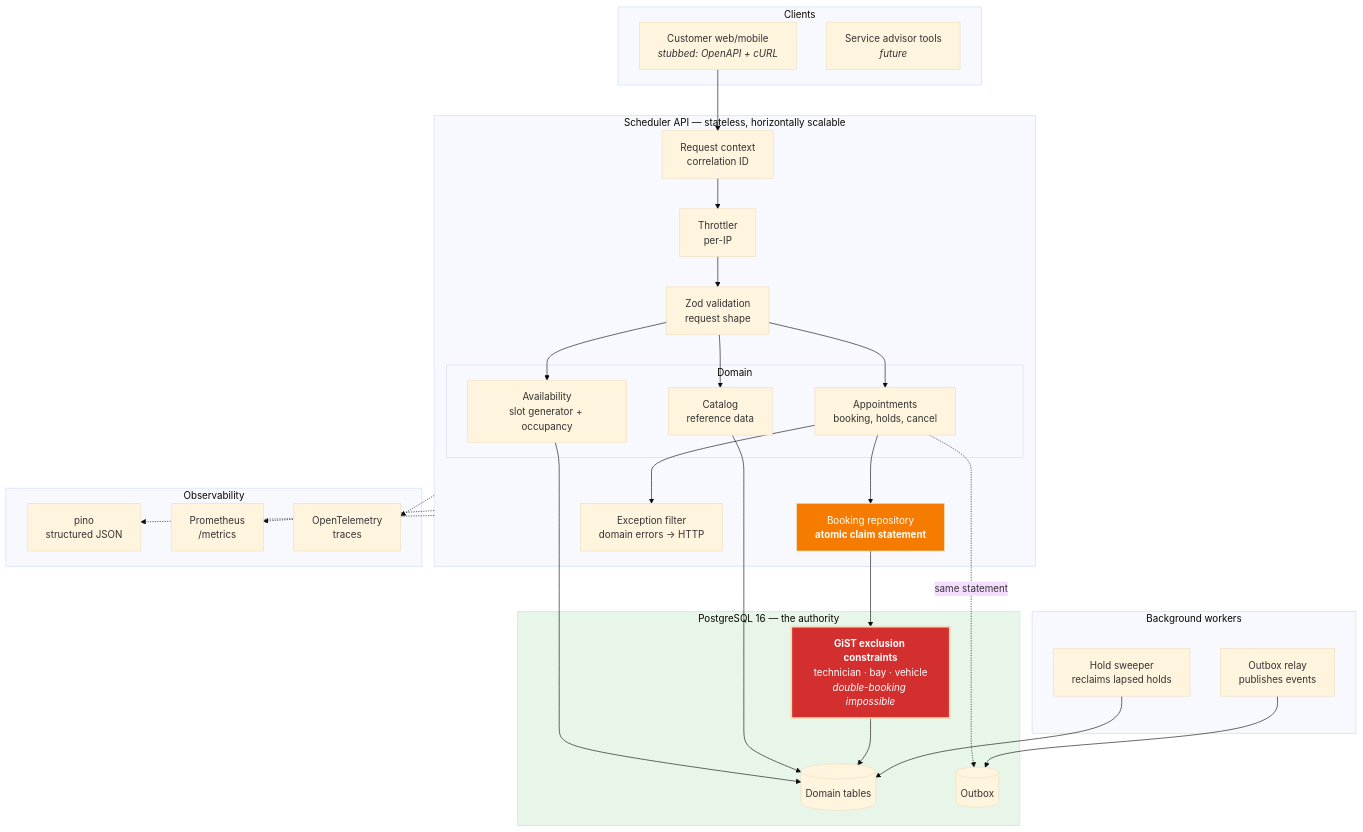
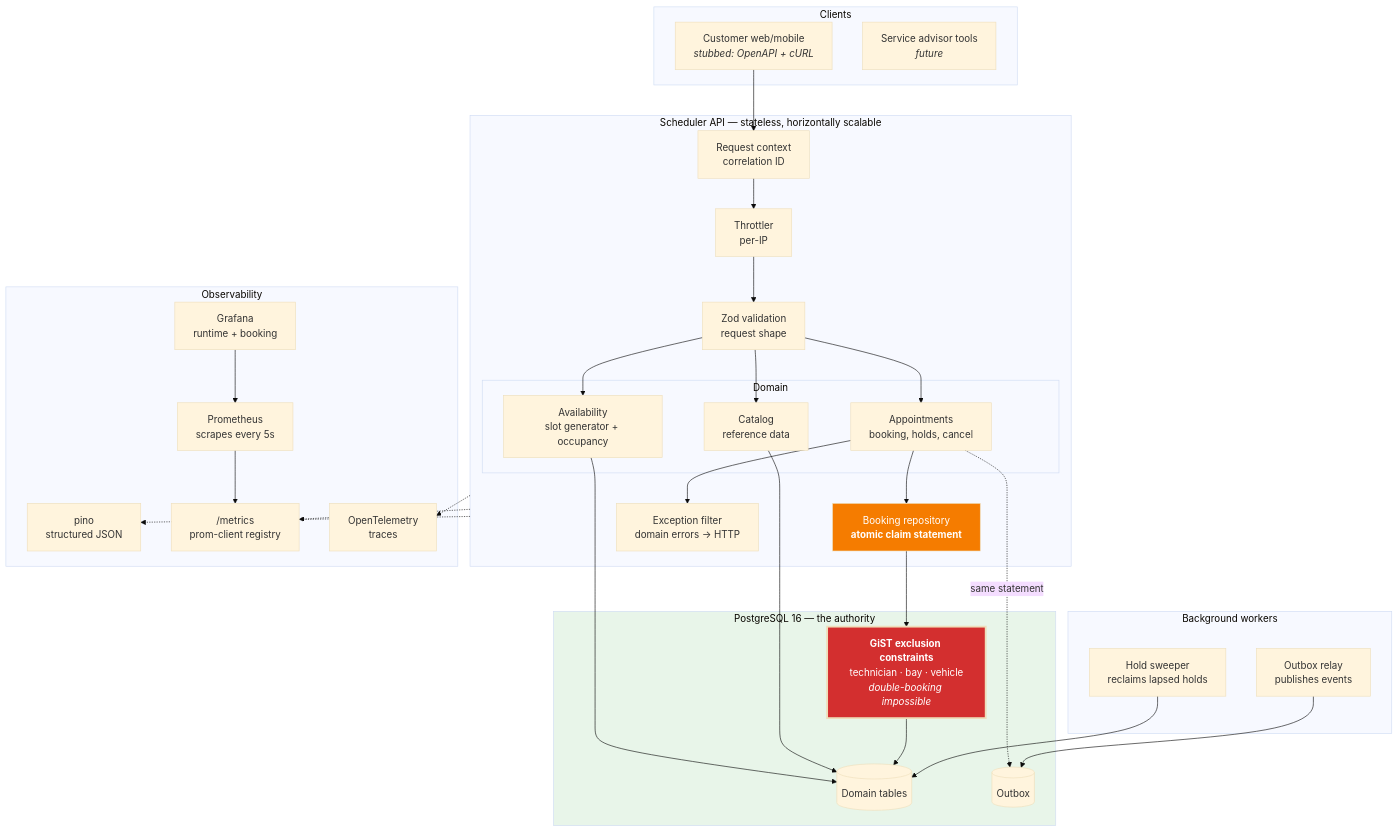
One commit to quan0401/unified-service-scheduler changed the first of 4 diagrams in DESIGN.md. Above: the diagram before and after it, drawn with Mermaid (base theme). The commit also changed other lines of this file and 2 other files, not shown here.

First line of the commit message:
docs: document the metrics stack and its exposure model

````diff
--- a/DESIGN.md
+++ b/DESIGN.md
@@ -91,57 +91,61 @@
 ```mermaid
 graph TB
     subgraph Clients
         C1["Customer web/mobile<br/><i>stubbed: OpenAPI + cURL</i>"]
         C2["Service advisor tools<br/><i>future</i>"]
     end
 
     subgraph API["Scheduler API — stateless, horizontally scalable"]
         MW["Request context<br/>correlation ID"]
         TH["Throttler<br/>per-IP"]
         VAL["Zod validation<br/>request shape"]
 
         subgraph Domain
             AV["Availability<br/>slot generator + occupancy"]
             BK["Appointments<br/>booking, holds, cancel"]
             CAT["Catalog<br/>reference data"]
         end
 
         REPO["Booking repository<br/><b>atomic claim statement</b>"]
         FILT["Exception filter<br/>domain errors → HTTP"]
     end
 
     subgraph Jobs["Background workers"]
         SW["Hold sweeper<br/>reclaims lapsed holds"]
         REL["Outbox relay<br/>publishes events"]
     end
 
     subgraph PG["PostgreSQL 16 — the authority"]
         TBL[("Domain tables")]
         EXC["<b>GiST exclusion constraints</b><br/>technician · bay · vehicle<br/><i>double-booking impossible</i>"]
         OBX[("Outbox")]
     end
 
     subgraph Obs["Observability"]
         LOG["pino<br/>structured JSON"]
-        MET["Prometheus<br/>/metrics"]
+        MET["/metrics<br/>prom-client registry"]
+        PROM["Prometheus<br/>scrapes every 5s"]
+        GRAF["Grafana<br/>runtime + booking"]
         TR["OpenTelemetry<br/>traces"]
     end
 
     C1 --> MW --> TH --> VAL
     VAL --> AV & BK & CAT
     BK --> REPO
     AV --> TBL
     CAT --> TBL
     REPO --> EXC
     EXC --> TBL
     BK -.same statement.-> OBX
     REL --> OBX
     SW --> TBL
     BK --> FILT
 
     API -.-> LOG & MET & TR
+    PROM --> MET
+    GRAF --> PROM
 
     style EXC fill:#d32f2f,color:#fff,stroke-width:3px
     style REPO fill:#f57c00,color:#fff
     style PG fill:#e8f5e9
 ```
````
